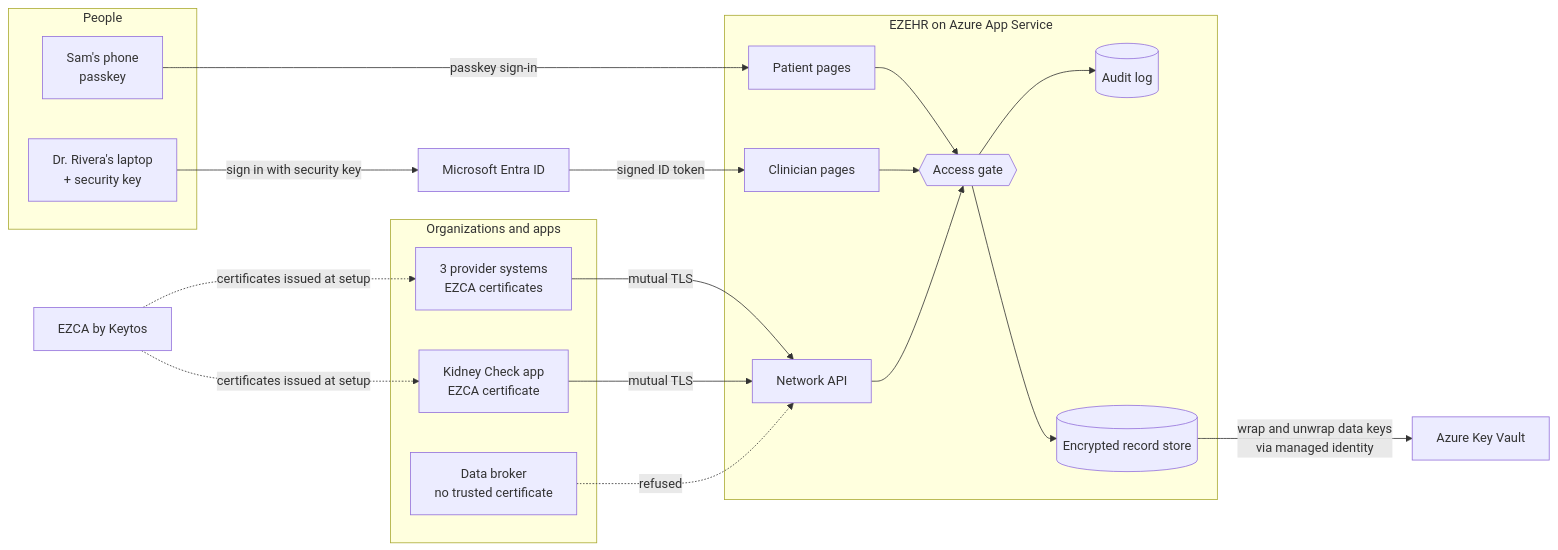
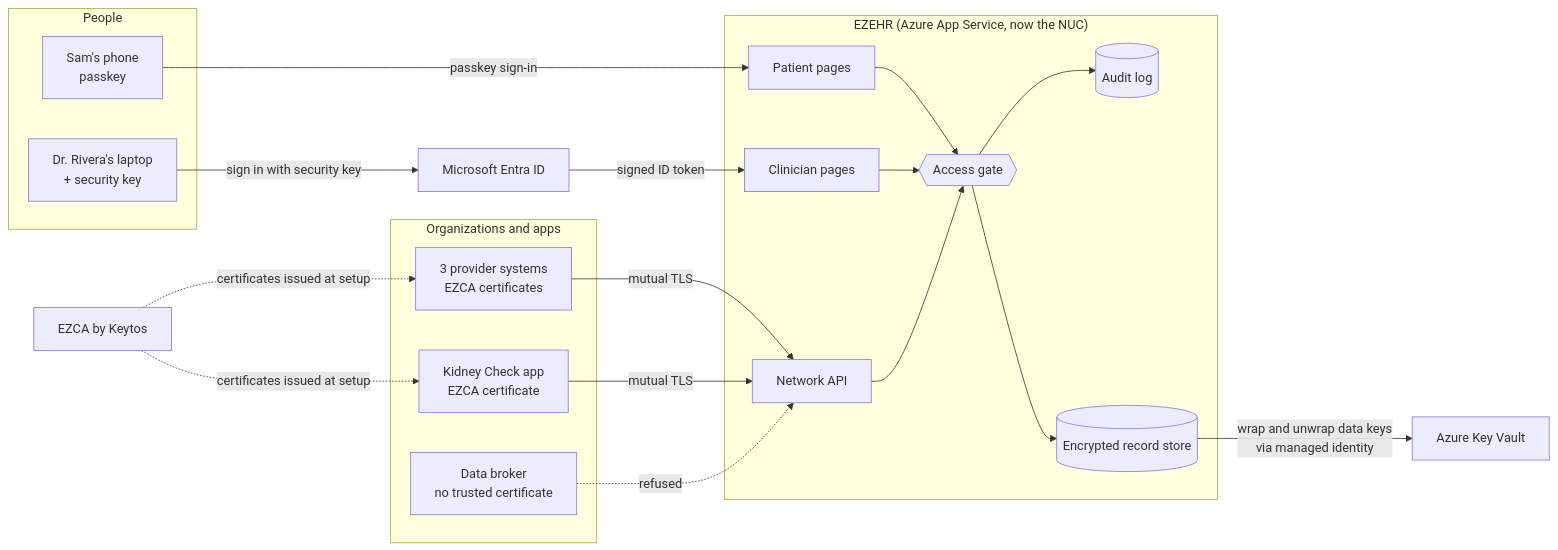
The first of 13 diagrams in docs/auth-flows.md (ParkerHitch/EZEHR), drawn with Mermaid before and after one commit. The commit also changed other lines of this file and 1 other file, not shown here.

Commit message:
open nuc server to the internet

````diff
--- a/docs/auth-flows.md
+++ b/docs/auth-flows.md
@@ -37,38 +37,38 @@
 ```mermaid
 flowchart LR
   subgraph People
     P["Sam's phone<br/>passkey"]
     C["Dr. Rivera's laptop<br/>+ security key"]
   end
   subgraph Machines["Organizations and apps"]
     PR["3 provider systems<br/>EZCA certificates"]
     KC["Kidney Check app<br/>EZCA certificate"]
     BR["Data broker<br/>no trusted certificate"]
   end
-  subgraph EZEHR["EZEHR on Azure App Service"]
+  subgraph EZEHR["EZEHR (Azure App Service, now the NUC)"]
     PP["Patient pages"]
     CP["Clinician pages"]
     NA["Network API"]
     G{{"Access gate"}}
     A[("Audit log")]
     S[("Encrypted record store")]
   end
   ENTRA["Microsoft Entra ID"]
   EZCA["EZCA by Keytos"]
   KV["Azure Key Vault"]
 
   P -- "passkey sign-in" --> PP
   C -- "sign in with security key" --> ENTRA
   ENTRA -- "signed ID token" --> CP
   PR -- "mutual TLS" --> NA
   KC -- "mutual TLS" --> NA
   BR -. "refused" .-> NA
   PP --> G
   CP --> G
   NA --> G
   G --> A
   G --> S
   S -- "wrap and unwrap data keys<br/>via managed identity" --> KV
   EZCA -. "certificates issued at setup" .-> PR
   EZCA -. "certificates issued at setup" .-> KC
 ```
````
